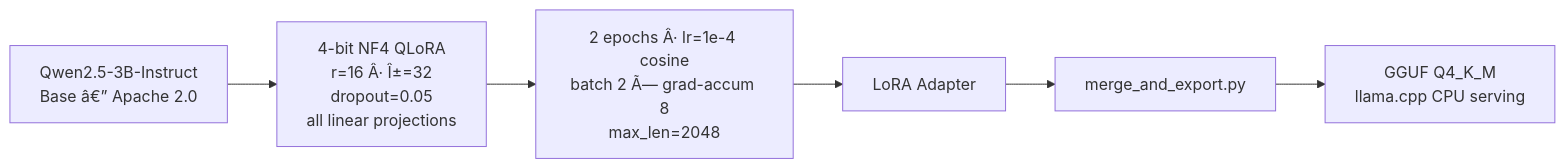
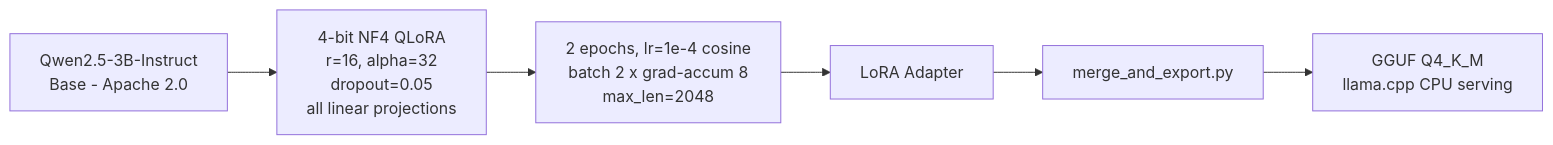
Before and after one commit to Sahilgumber7/customer-support-fine: the fourth of 4 diagrams in README.md, drawn with Mermaid. The commit also changed other lines of this file, not shown here.

````diff
--- a/README.md
+++ b/README.md
@@ -254,8 +254,8 @@
 ```mermaid
 graph LR
-    A["Qwen2.5-3B-Instruct\nBase â€” Apache 2.0"] --> B["4-bit NF4 QLoRA\nr=16 Â· Î±=32\ndropout=0.05\nall linear projections"]
-    B --> C["2 epochs Â· lr=1e-4 cosine\nbatch 2 Ã— grad-accum 8\nmax_len=2048"]
+    A["Qwen2.5-3B-Instruct\nBase - Apache 2.0"] --> B["4-bit NF4 QLoRA\nr=16, alpha=32\ndropout=0.05\nall linear projections"]
+    B --> C["2 epochs, lr=1e-4 cosine\nbatch 2 x grad-accum 8\nmax_len=2048"]
     C --> D["LoRA Adapter"]
     D --> E["merge_and_export.py"]
     E --> F["GGUF Q4_K_M\nllama.cpp CPU serving"]
 ```
````
